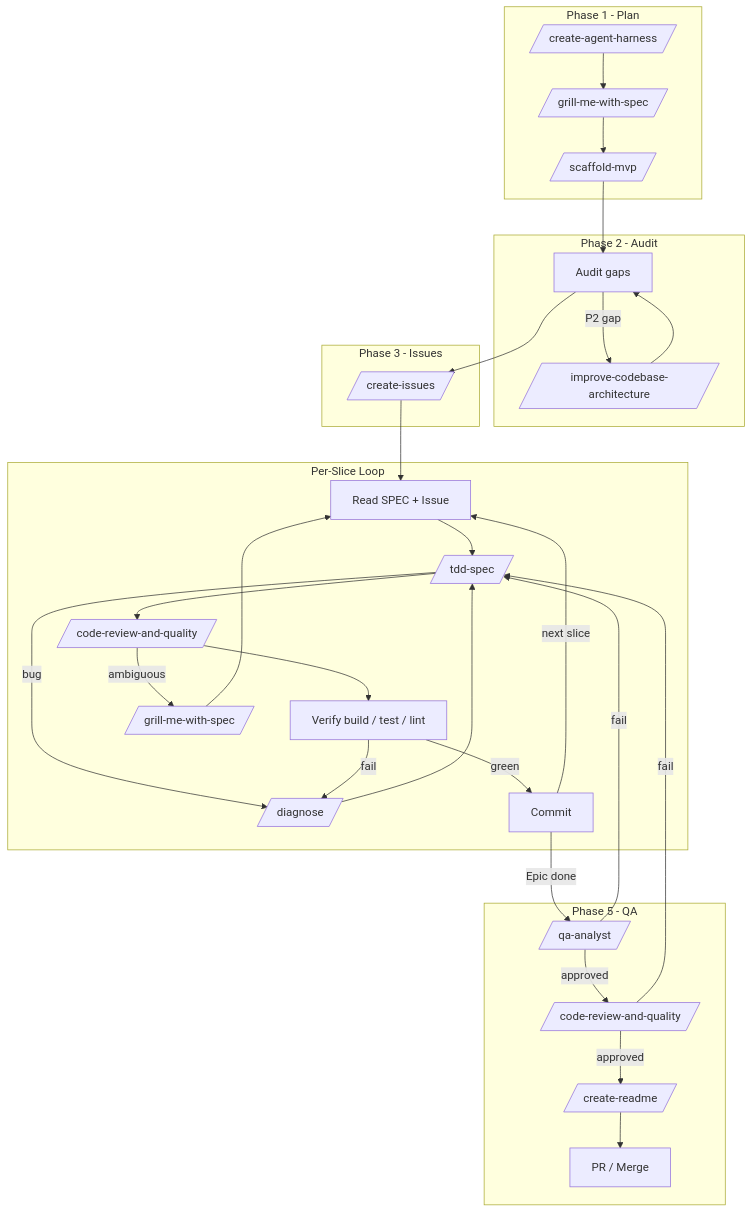
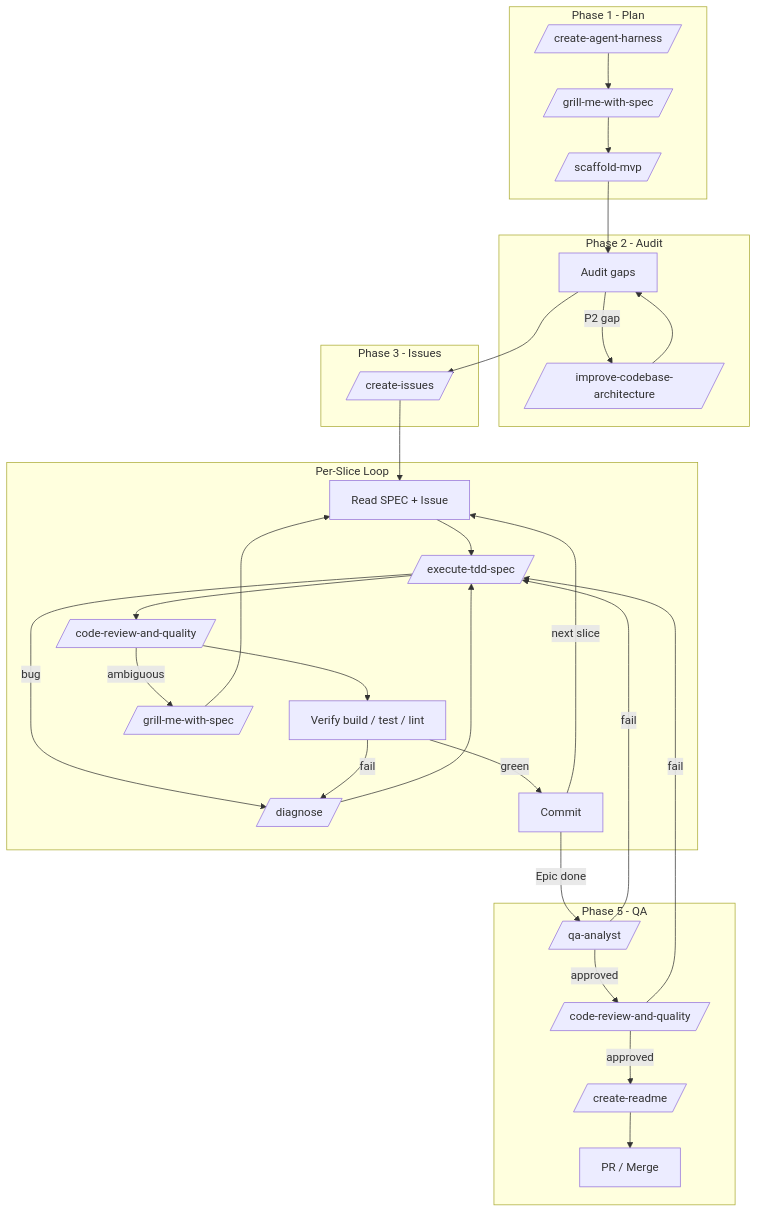
The diagram in skills/orchestrator/SKILL.md (afonsoft/skills), drawn with Mermaid before and after one commit. The commit also changed other lines of this file and 27 other files, not shown here.

First line of the commit message:
feat: rename tdd-spec to execute-tdd-spec and add bilingual triggers

````diff
--- a/skills/orchestrator/SKILL.md
+++ b/skills/orchestrator/SKILL.md
@@ -145,58 +148,58 @@
 ```mermaid
 flowchart TB
     subgraph Phase1["Phase 1 - Plan"]
         P1_H[/create-agent-harness/]
         P1_S[/grill-me-with-spec/]
         P1_M[/scaffold-mvp/]
     end
 
     subgraph Phase2["Phase 2 - Audit"]
         P2_A["Audit gaps"]
         P2_F[/improve-codebase-architecture/]
     end
 
     subgraph Phase3["Phase 3 - Issues"]
         P3_I[/create-issues/]
     end
 
     subgraph Slice["Per-Slice Loop"]
         S_R["Read SPEC + Issue"]
-        S_T[/tdd-spec/]
+        S_T[/execute-tdd-spec/]
         S_C[/code-review-and-quality/]
         S_D[/diagnose/]
         S_V["Verify build / test / lint"]
         S_G[/grill-me-with-spec/]
         S_CM["Commit"]
     end
 
     subgraph Gate["Phase 5 - QA"]
         G_Q[/qa-analyst/]
         G_R[/code-review-and-quality/]
         G_M[/create-readme/]
         G_P["PR / Merge"]
     end
 
     P1_H --> P1_S
     P1_S --> P1_M
     P1_M --> P2_A
     P2_A -->|P2 gap| P2_F
     P2_F --> P2_A
     P2_A --> P3_I
     P3_I --> S_R
     S_R --> S_T
     S_T --> S_C
     S_C --> S_V
     S_V -->|green| S_CM
     S_T -->|bug| S_D
     S_D --> S_T
     S_C -->|ambiguous| S_G
     S_G --> S_R
     S_V -->|fail| S_D
     S_CM -->|next slice| S_R
     S_CM -->|Epic done| G_Q
     G_Q -->|approved| G_R
     G_Q -->|fail| S_T
     G_R -->|approved| G_M
     G_R -->|fail| S_T
     G_M --> G_P
 ```
````
